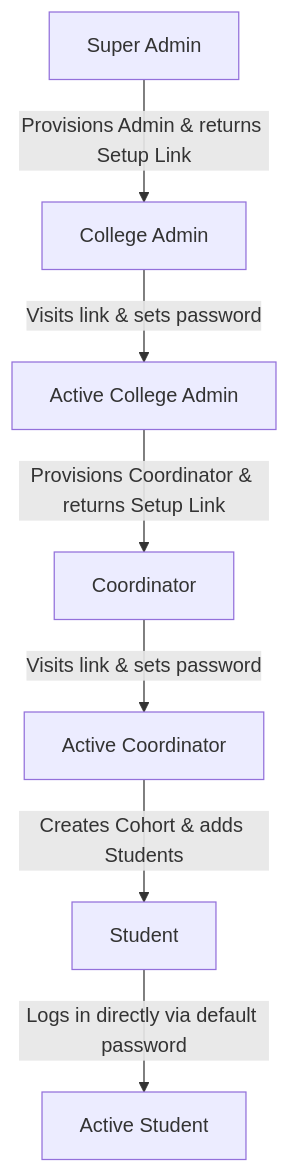
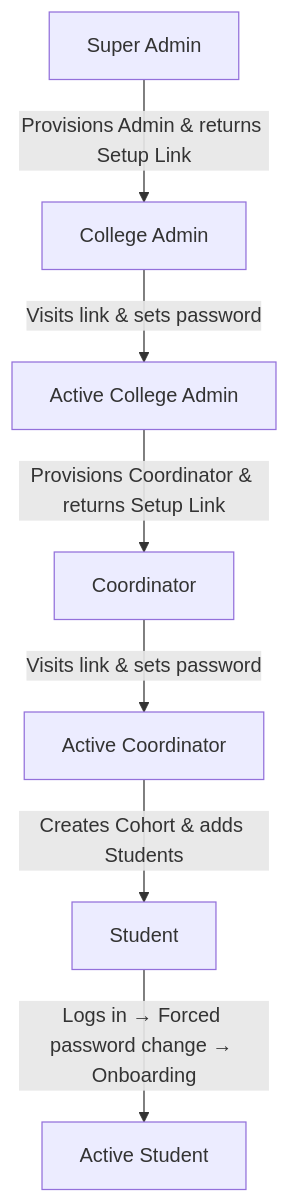
The diagram in README.md (Umesh-chandra-2006/PlaceIQ), drawn with Mermaid before and after one commit. The commit also changed other lines of this file and 127 other files, not shown here.

Commit message:
feat: complete scraper endpoints, student onboarding logic, coordinator cohort flow updates, superadmin panel cleanup, and comprehensive test suites

````diff
--- a/README.md
+++ b/README.md
@@ -34,9 +51,9 @@
 ```mermaid
 graph TD
     SA[Super Admin] -->|Provisions Admin & returns Setup Link| CA[College Admin]
     CA -->|Visits link & sets password| CA_Active[Active College Admin]
     CA_Active -->|Provisions Coordinator & returns Setup Link| CO[Coordinator]
     CO -->|Visits link & sets password| CO_Active[Active Coordinator]
     CO_Active -->|Creates Cohort & adds Students| ST[Student]
-    ST -->|Logs in directly via default password| ST_Active[Active Student]
+    ST -->|Logs in → Forced password change → Onboarding| ST_Active[Active Student]
 ```
````
